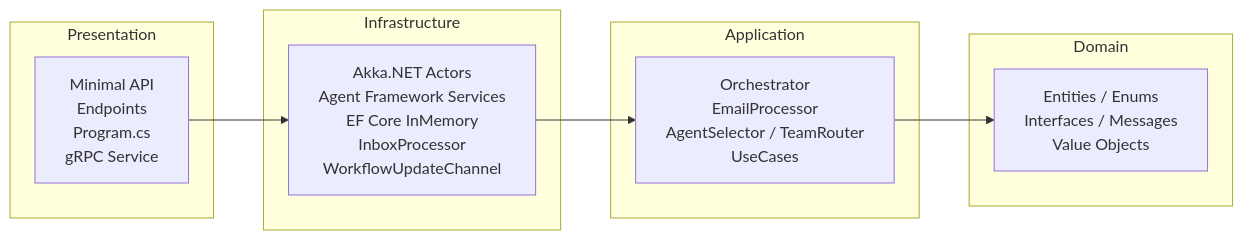
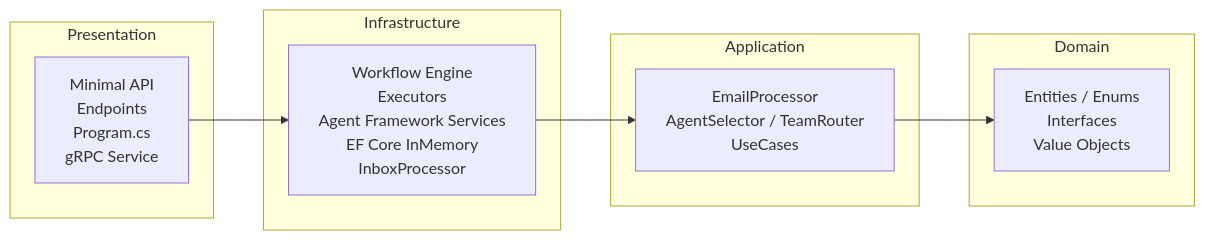
The first of 2 diagrams in README.md (GabrieleTronchin/AiSupportWorkflow), drawn with Mermaid before and after one commit. The commit also changed other lines of this file, not shown here.

First line of the commit message:
docs: update README for Agent Framework Workflows migration

````diff
--- a/README.md
+++ b/README.md
@@ -44,17 +44,17 @@
 ```mermaid
 graph LR
     subgraph Presentation
         P[Minimal API<br/>Endpoints<br/>Program.cs<br/>gRPC Service]
     end
     subgraph Infrastructure
-        I[Akka.NET Actors<br/>Agent Framework Services<br/>EF Core InMemory<br/>InboxProcessor<br/>WorkflowUpdateChannel]
+        I[Workflow Engine<br/>Executors<br/>Agent Framework Services<br/>EF Core InMemory<br/>InboxProcessor]
     end
     subgraph Application
-        A[Orchestrator<br/>EmailProcessor<br/>AgentSelector / TeamRouter<br/>UseCases]
+        A[EmailProcessor<br/>AgentSelector / TeamRouter<br/>UseCases]
     end
     subgraph Domain
-        D[Entities / Enums<br/>Interfaces / Messages<br/>Value Objects]
+        D[Entities / Enums<br/>Interfaces<br/>Value Objects]
     end
 
     P --> I --> A --> D
 ```
````
